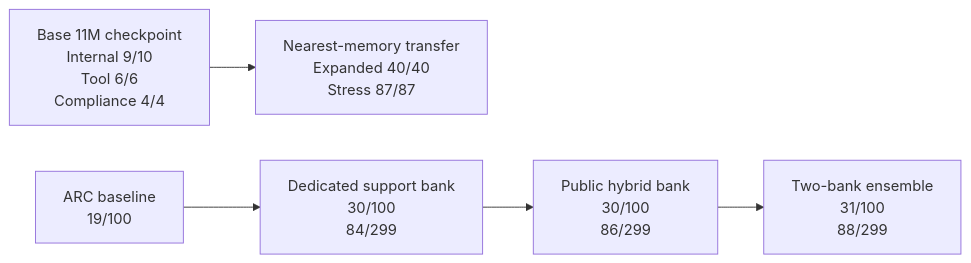
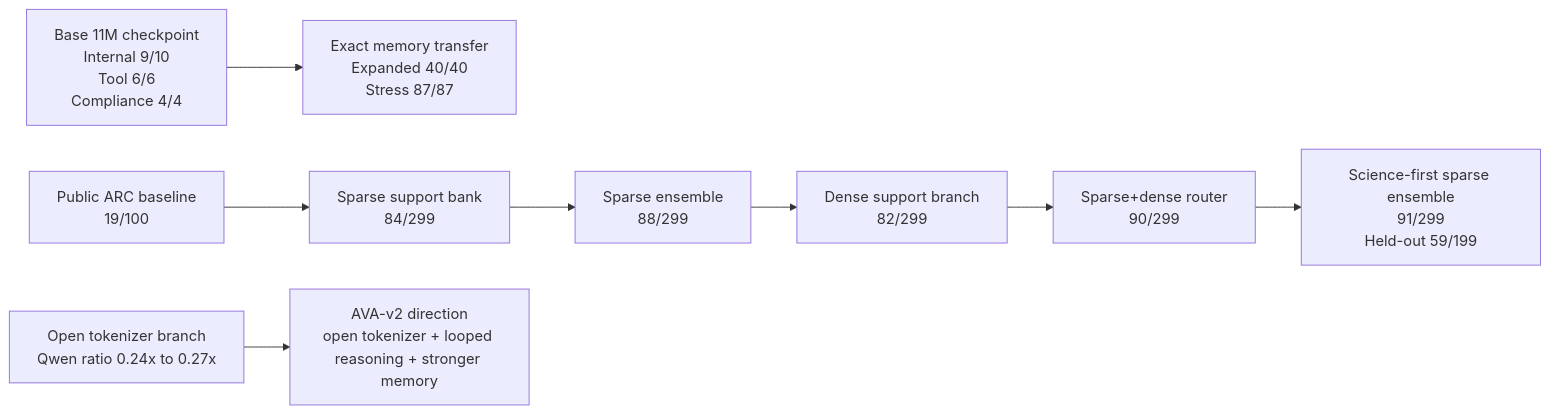
Before and after one commit to NAME0x0/AVA: the fourth of 4 diagrams in README.md, drawn with Mermaid. The commit also changed other lines of this file and 308 other files, not shown here.

Commit message:
feat(research): add science-first ARC retrieval milestone

````diff
--- a/README.md
+++ b/README.md
@@ -54,17 +71,20 @@
 ```mermaid
 flowchart LR
     A["Base 11M checkpoint
 Internal 9/10
 Tool 6/6
-Compliance 4/4"] --> B["Nearest-memory transfer
+Compliance 4/4"] --> B["Exact memory transfer
 Expanded 40/40
 Stress 87/87"]
-    C["ARC baseline
-19/100"] --> D["Dedicated support bank
-30/100
-84/299"] --> E["Public hybrid bank
-30/100
-86/299"] --> F["Two-bank ensemble
-31/100
-88/299"]
+    C["Public ARC baseline
+19/100"] --> D["Sparse support bank
+84/299"] --> E["Sparse ensemble
+88/299"] --> F["Dense support branch
+82/299"] --> G["Sparse+dense router
+90/299"] --> H["Science-first sparse ensemble
+91/299
+Held-out 59/199"]
+    I["Open tokenizer branch
+Qwen ratio 0.24x to 0.27x"] --> J["AVA-v2 direction
+open tokenizer + looped reasoning + stronger memory"]
 ```
````
